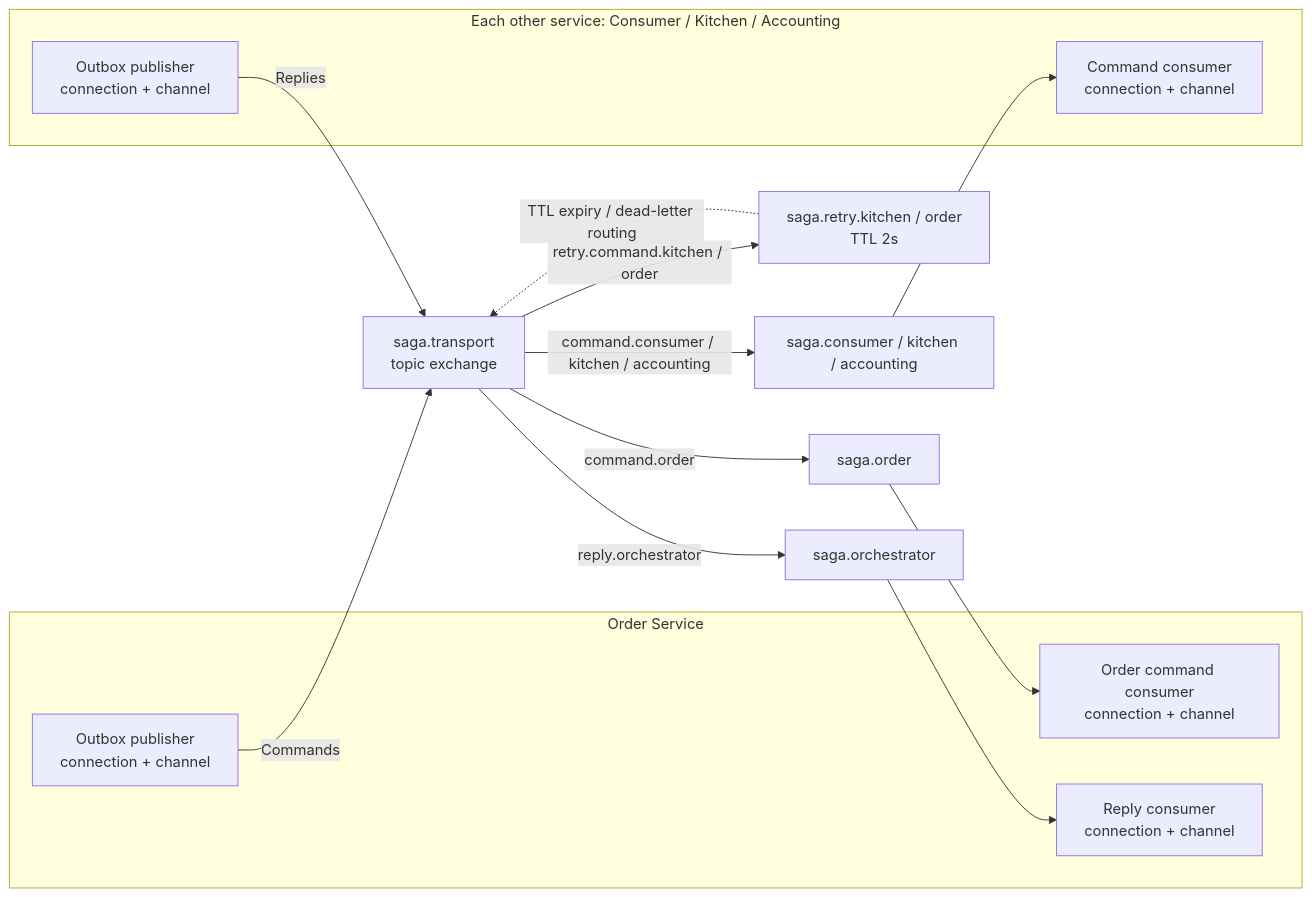
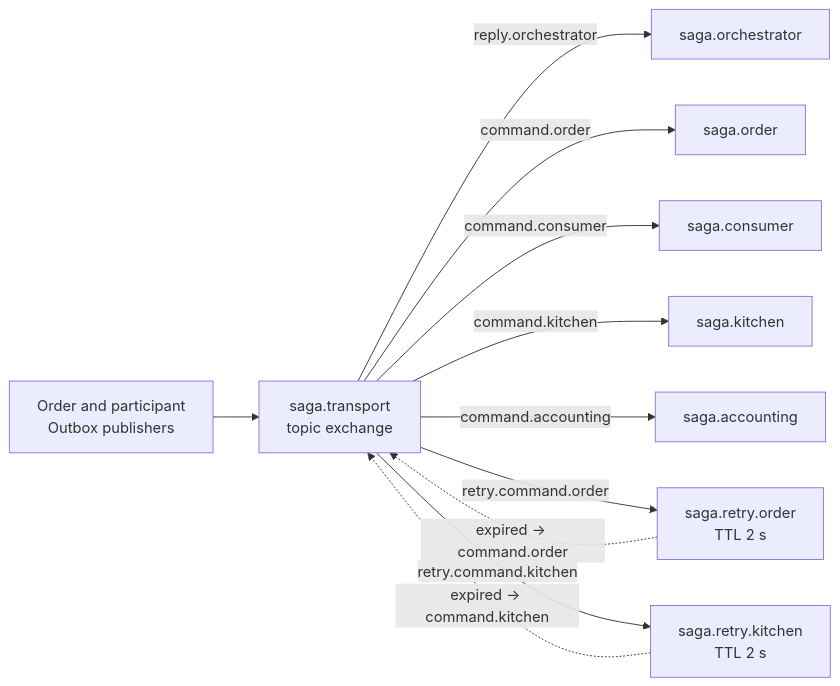
The second of 8 diagrams in microservices-coordination-and-orchestration/saga-isolation/README.md (saverioieva/information-systems-design-big-data-examples), drawn with Mermaid before and after one commit. The commit also changed other lines of this file and 107 other files, not shown here.

````diff
--- a/microservices-coordination-and-orchestration/saga-isolation/README.md
+++ b/microservices-coordination-and-orchestration/saga-isolation/README.md
@@ -48,20 +137,13 @@
 ```mermaid
 flowchart LR
-    subgraph OS["Order Service"]
-        OCO["Reply consumer\nconnection + channel"]
-        OCH["Order command consumer\nconnection + channel"]
-        OPU["Outbox publisher\nconnection + channel"]
-    end
-    subgraph P["Each other service: Consumer / Kitchen / Accounting"]
-        PC["Command consumer\nconnection + channel"]
-        PP["Outbox publisher\nconnection + channel"]
-    end
-    EX["saga.transport\ntopic exchange"]
-    OPU -->|"Commands"| EX
-    PP -->|"Replies"| EX
-    EX -->|"reply.orchestrator"| QO["saga.orchestrator"] --> OCO
-    EX -->|"command.order"| QOR["saga.order"] --> OCH
-    EX -->|"command.consumer / kitchen / accounting"| QP["saga.consumer / kitchen / accounting"] --> PC
-    EX -->|"retry.command.kitchen / order"| TQ["saga.retry.kitchen / order\nTTL 2s"]
-    TQ -.->|"TTL expiry / dead-letter routing"| EX
+    PUB["Order and participant<br/>Outbox publishers"] --> EX["saga.transport<br/>topic exchange"]
+    EX -->|"reply.orchestrator"| QO["saga.orchestrator"]
+    EX -->|"command.order"| QORD["saga.order"]
+    EX -->|"command.consumer"| QC["saga.consumer"]
+    EX -->|"command.kitchen"| QK["saga.kitchen"]
+    EX -->|"command.accounting"| QA["saga.accounting"]
+    EX -->|"retry.command.order"| QRORD["saga.retry.order<br/>TTL 2 s"]
+    EX -->|"retry.command.kitchen"| QRK["saga.retry.kitchen<br/>TTL 2 s"]
+    QRORD -.->|"expired -> command.order"| EX
+    QRK -.->|"expired -> command.kitchen"| EX
 ```
````
